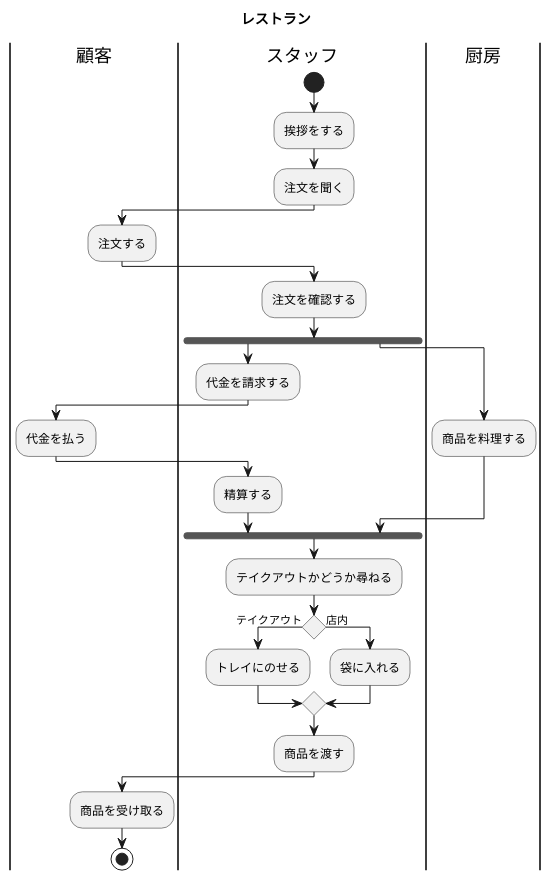
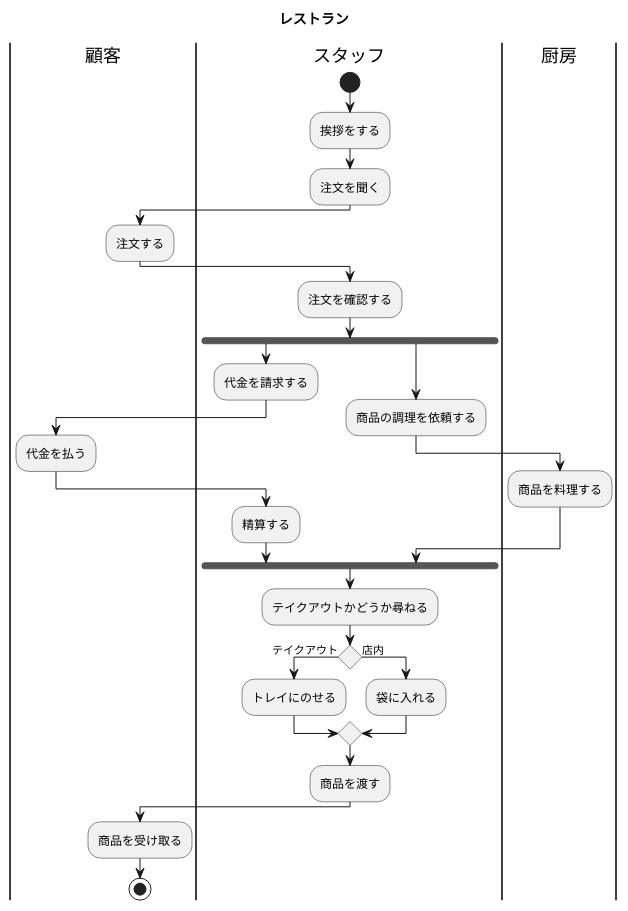
Before and after one commit to koha0516/uml-introduction: the diagram in 演習7-4-2_AC_ハンバーガーショップ.pu, drawn with PlantUML.

Commit message:
修正

```diff
--- a/演習7-4-2_AC_ハンバーガーショップ.pu
+++ b/演習7-4-2_AC_ハンバーガーショップ.pu
@@ -1,35 +1,37 @@
 @startuml レストラン
 title レストラン
 |顧客|
 |スタッフ|
 start
 :挨拶をする;
 :注文を聞く;
 |顧客|
 :注文する;
 |スタッフ|
 :注文を確認する;
 fork
 |スタッフ|
 :代金を請求する;
 |顧客|
 :代金を払う;
 |スタッフ|
 :精算する;
 fork again
+|スタッフ|
+:商品の調理を依頼する;
 |厨房|
 :商品を料理する;
 |スタッフ|
 end fork
 :テイクアウトかどうか尋ねる;
 if () is (テイクアウト) then
 :トレイにのせる;
 else (店内)
 :袋に入れる;
 endIf
 :商品を渡す;
 
 |顧客|
 :商品を受け取る;
 stop
 @enduml
```
